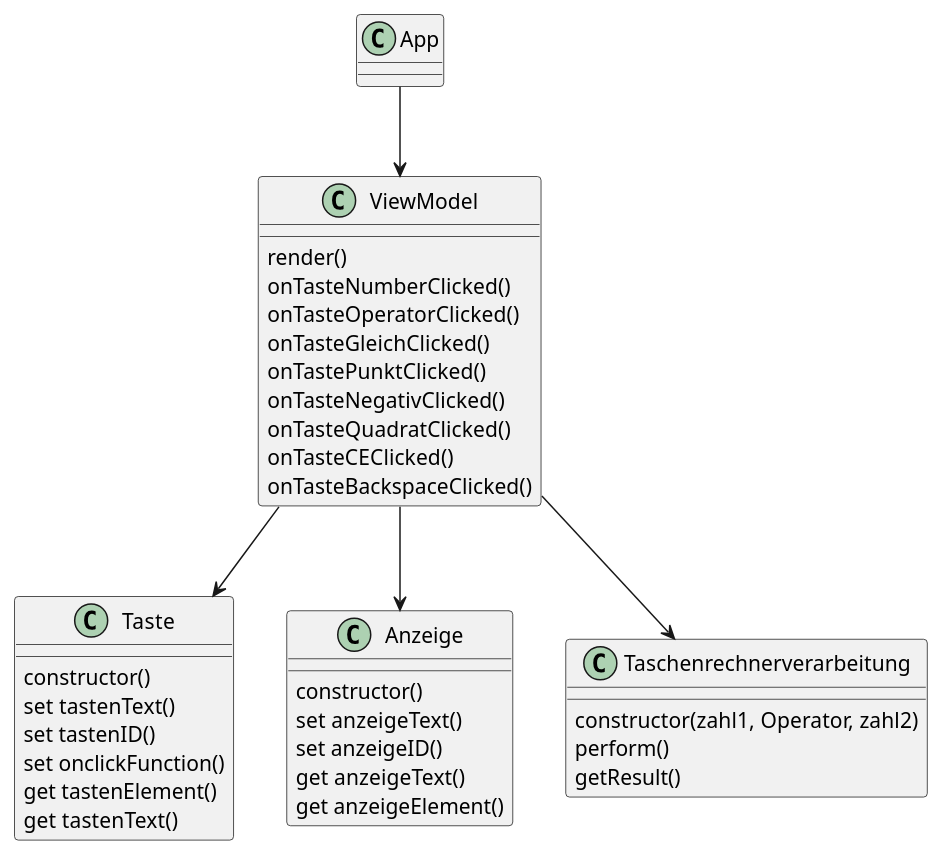
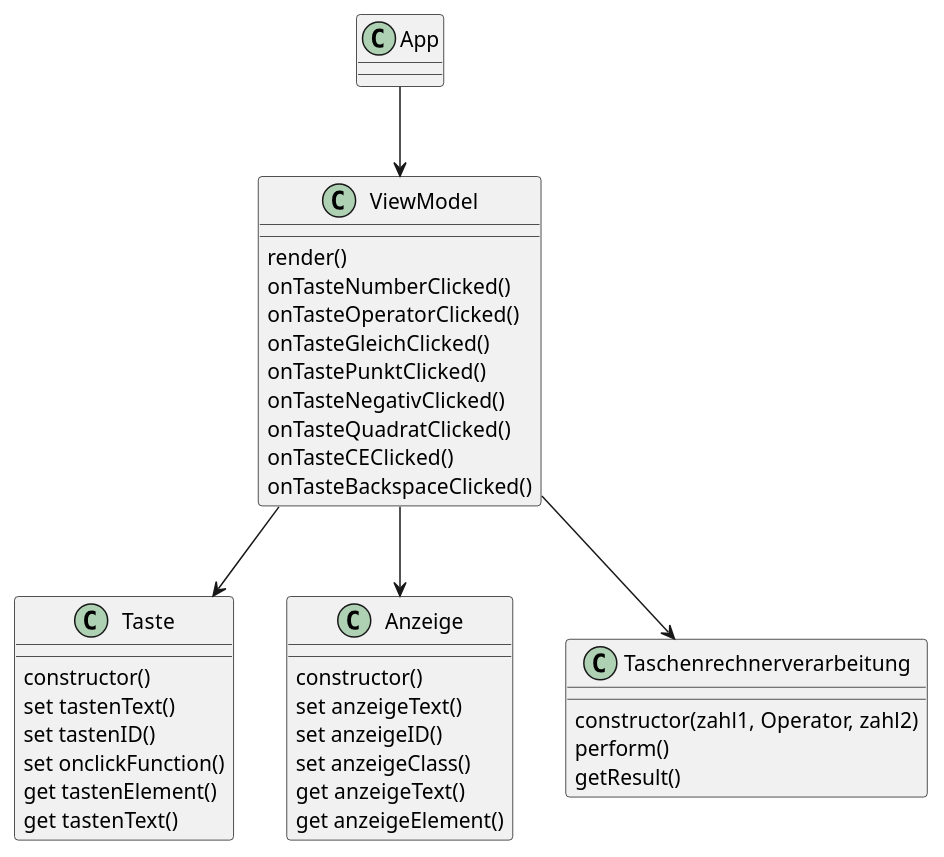
Before and after one commit to Larry21t/Taschenrechner1: the diagram in puml/KlassendiagrammTaschenrechner.puml, drawn with PlantUML. The commit also changed 6 other files, not shown here.

```diff
--- a/puml/KlassendiagrammTaschenrechner.puml
+++ b/puml/KlassendiagrammTaschenrechner.puml
@@ -1,44 +1,45 @@
 @startuml Taschenrechner Klassendiagramm 
 class App
 
 class Taste{
     constructor()
     set tastenText()
     set tastenID()
     set onclickFunction()
     get tastenElement()
     get tastenText()
 }
+
 class Anzeige{
     constructor()
     set anzeigeText()
     set anzeigeID()
+    set anzeigeClass()
     get anzeigeText()
     get anzeigeElement()
-
 }
 
 class Taschenrechnerverarbeitung{
     constructor(zahl1, Operator, zahl2)
     perform()
     getResult()
 }
 
 class ViewModel{
     render()
     onTasteNumberClicked()
     onTasteOperatorClicked()
     onTasteGleichClicked()
     onTastePunktClicked()
     onTasteNegativClicked()
     onTasteQuadratClicked()
     onTasteCEClicked()
     onTasteBackspaceClicked()
 }
 
 App --> ViewModel
 ViewModel --> Taste
 ViewModel --> Anzeige
 ViewModel --> Taschenrechnerverarbeitung
 
 @enduml
```
